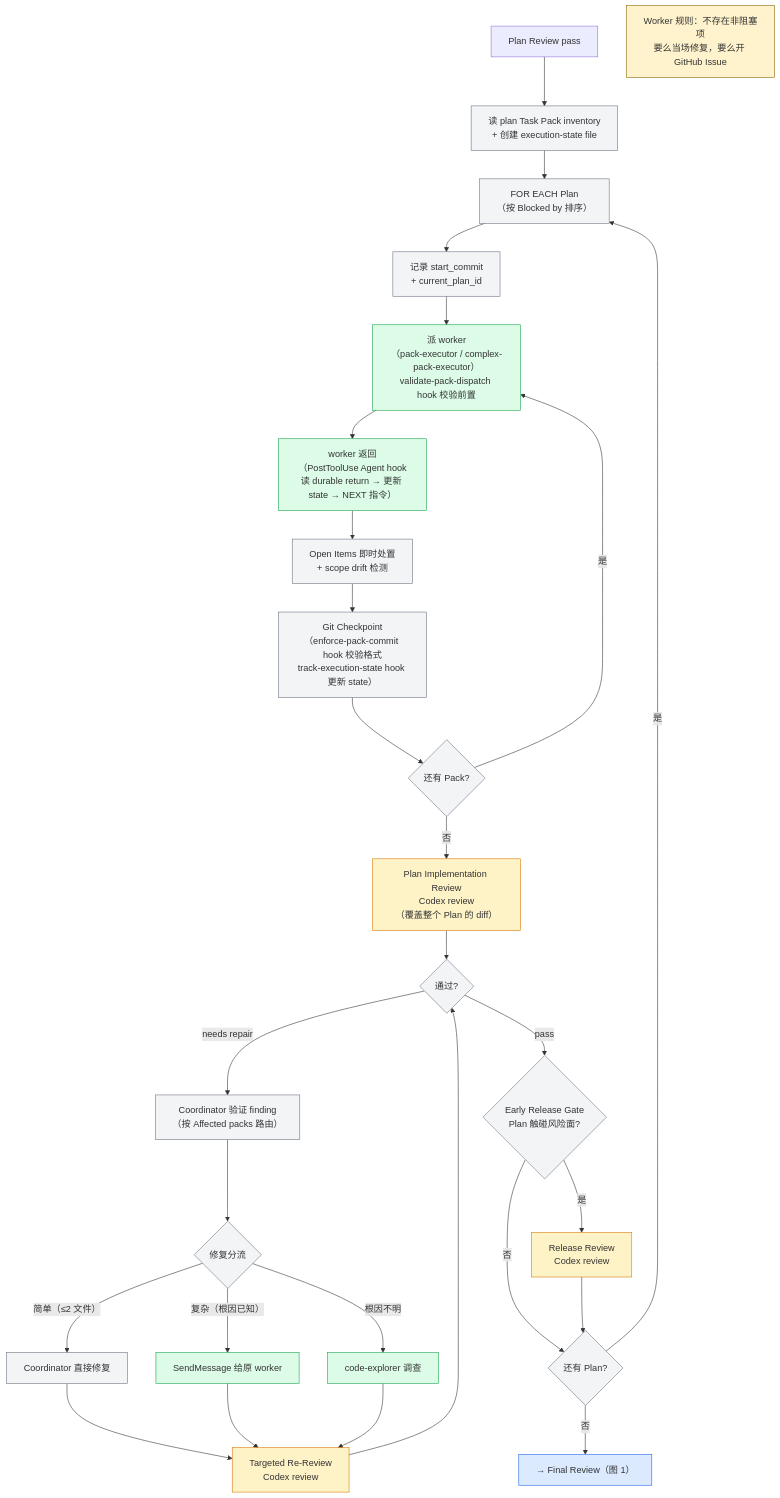
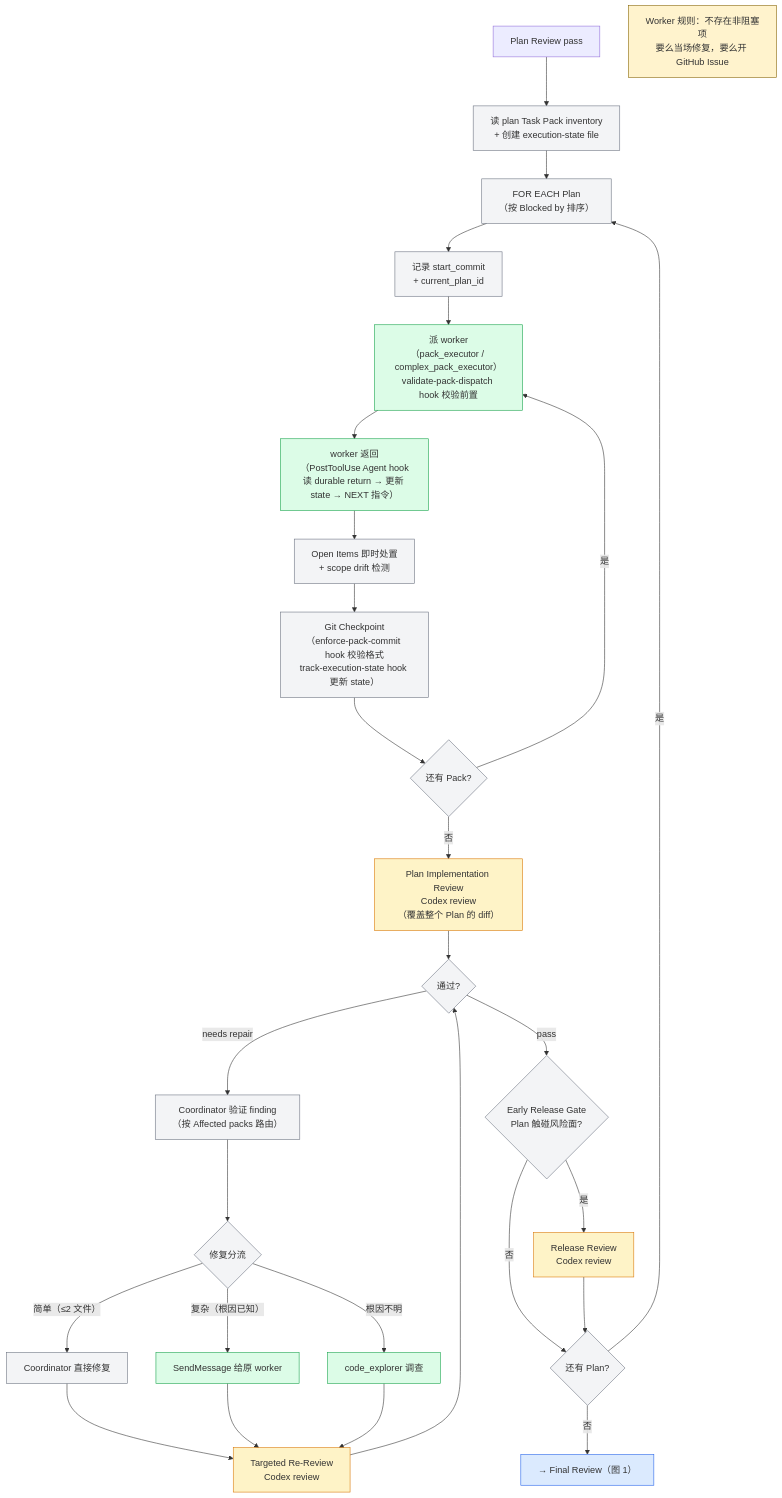
Before and after one commit to chancheuklap/multi-model-workflow: the second of 4 diagrams in codex-orchestrate/architecture-draft.md, drawn with Mermaid. The commit also changed other lines of this file and 41 other files, not shown here.

Commit message:
fix(codex): normalize agent dispatch docs

````diff
--- a/codex-orchestrate/architecture-draft.md
+++ b/codex-orchestrate/architecture-draft.md
@@ -147,39 +147,39 @@
 ```mermaid
 flowchart TD
     classDef skill fill:#dbeafe,stroke:#2563eb
     classDef agent fill:#dcfce7,stroke:#16a34a
     classDef review fill:#fef3c7,stroke:#d97706
     classDef coord fill:#f3f4f6,stroke:#6b7280
 
     A["Plan Review pass"] --> B["读 plan Task Pack inventory\n+ 创建 execution-state file"]:::coord
     B --> PL["FOR EACH Plan\n（按 Blocked by 排序）"]:::coord
     PL --> SC["记录 start_commit\n+ current_plan_id"]:::coord
-    SC --> C["派 worker\n（pack-executor / complex-pack-executor）\nvalidate-pack-dispatch hook 校验前置"]:::agent
+    SC --> C["派 worker\n（pack_executor / complex_pack_executor）\nvalidate-pack-dispatch hook 校验前置"]:::agent
     C --> D["worker 返回\n（PostToolUse Agent hook\n读 durable return → 更新 state → NEXT 指令）"]:::agent
     D --> OI["Open Items 即时处置\n+ scope drift 检测"]:::coord
     OI --> GC["Git Checkpoint\n（enforce-pack-commit hook 校验格式\ntrack-execution-state hook 更新 state）"]:::coord
     GC --> MORE{"还有 Pack?"}:::coord
     MORE -->|"是"| C
     MORE -->|"否"| PIR["Plan Implementation Review\nCodex review\n（覆盖整个 Plan 的 diff）"]:::review
     PIR --> F{"通过?"}:::coord
     F -->|"needs repair"| V["Coordinator 验证 finding\n（按 Affected packs 路由）"]:::coord
     V --> T{"修复分流"}:::coord
     T -->|"简单（≤2 文件）"| S["Coordinator 直接修复"]:::coord
     T -->|"复杂（根因已知）"| R["SendMessage 给原 worker"]:::agent
-    T -->|"根因不明"| RCA["code-explorer 调查"]:::agent
+    T -->|"根因不明"| RCA["code_explorer 调查"]:::agent
     S --> RE["Targeted Re-Review\nCodex review"]:::review
     R --> RE
     RCA --> RE
     RE --> F
 
     F -->|"pass"| RG{"Early Release Gate\nPlan 触碰风险面?"}:::coord
     RG -->|"是"| RGR["Release Review\nCodex review"]:::review
     RG -->|"否"| NP
     RGR --> NP
     NP{"还有 Plan?"}:::coord
     NP -->|"是"| PL
     NP -->|"否"| K["→ Final Review（图 1）"]:::skill
 
     RULE["Worker 规则：不存在非阻塞项\n要么当场修复，要么开 GitHub Issue"]
     style RULE fill:#fff3cd,stroke:#856404
 ```
````
